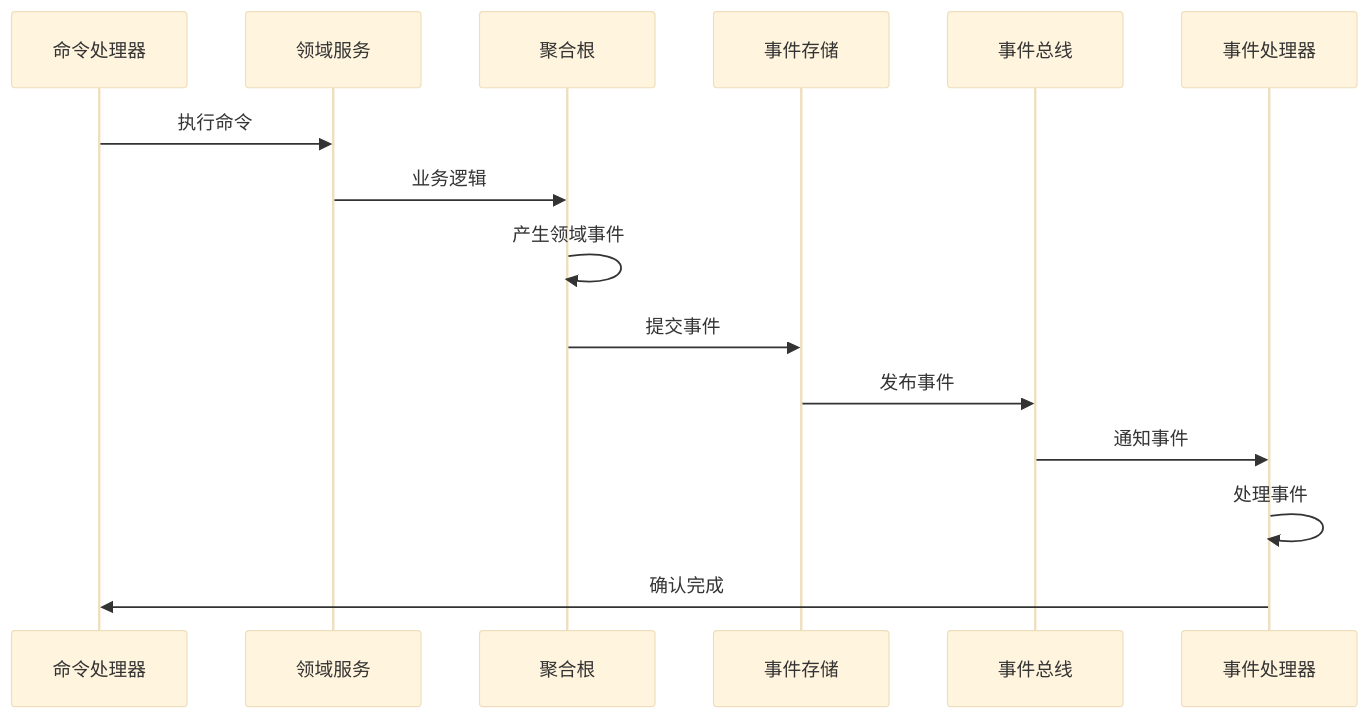
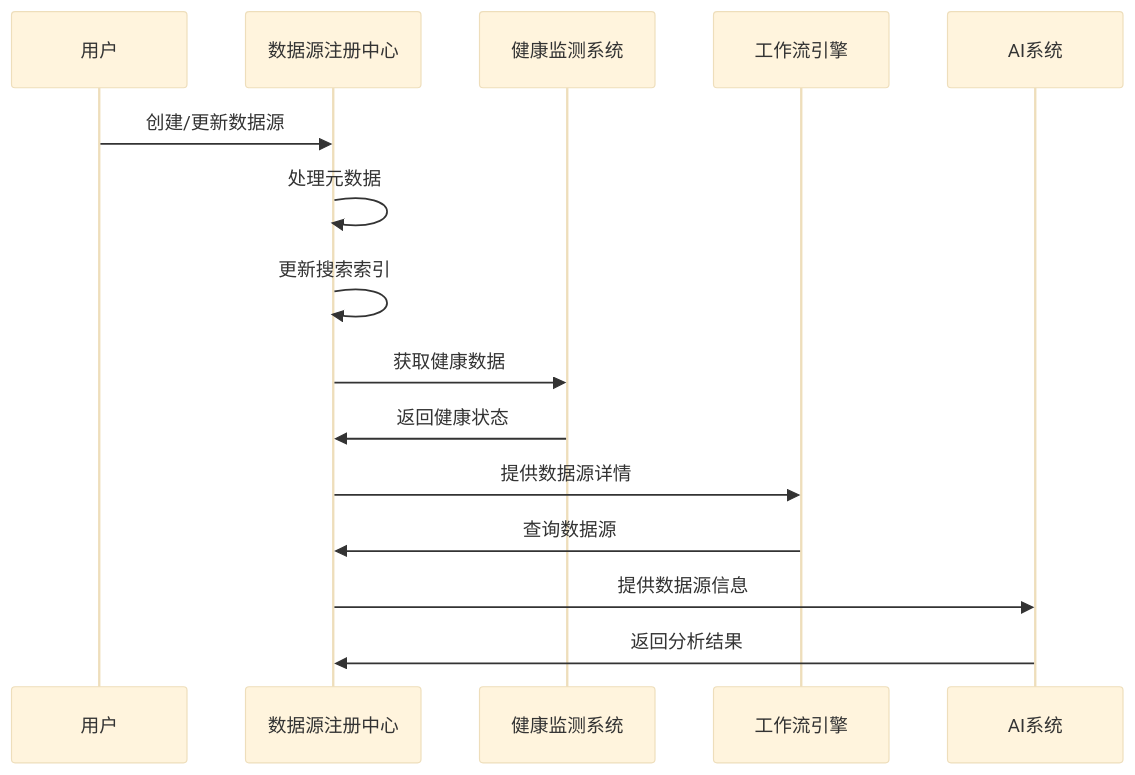
Before and after one commit to iiooiioo888/god_fo_python: the second of 11 diagrams in doc/ch1re.md, drawn with Mermaid (base theme). The commit also changed other lines of this file and 1 other file, not shown here.

````diff
--- a/doc/ch1re.md
+++ b/doc/ch1re.md
@@ -150,18 +177,18 @@
 ```mermaid
 sequenceDiagram
-    participant Command as 命令处理器
-    participant Domain as 领域服务
-    participant Aggregate as 聚合根
-    participant EventStore as 事件存储
-    participant EventBus as 事件总线
-    participant EventHandler as 事件处理器
+    participant User as 用户
+    participant DSR as 数据源注册中心
+    participant HMS as 健康监测系统
+    participant WE as 工作流引擎
+    participant AIS as AI系统
     
-    Command->>Domain: 执行命令
-    Domain->>Aggregate: 业务逻辑
-    Aggregate->>Aggregate: 产生领域事件
-    Aggregate->>EventStore: 提交事件
-    EventStore->>EventBus: 发布事件
-    EventBus->>EventHandler: 通知事件
-    EventHandler->>EventHandler: 处理事件
-    EventHandler->>Command: 确认完成
+    User->>DSR: 创建/更新数据源
+    DSR->>DSR: 处理元数据
+    DSR->>DSR: 更新搜索索引
+    DSR->>HMS: 获取健康数据
+    HMS->>DSR: 返回健康状态
+    DSR->>WE: 提供数据源详情
+    WE->>DSR: 查询数据源
+    DSR->>AIS: 提供数据源信息
+    AIS->>DSR: 返回分析结果
 ```
````
